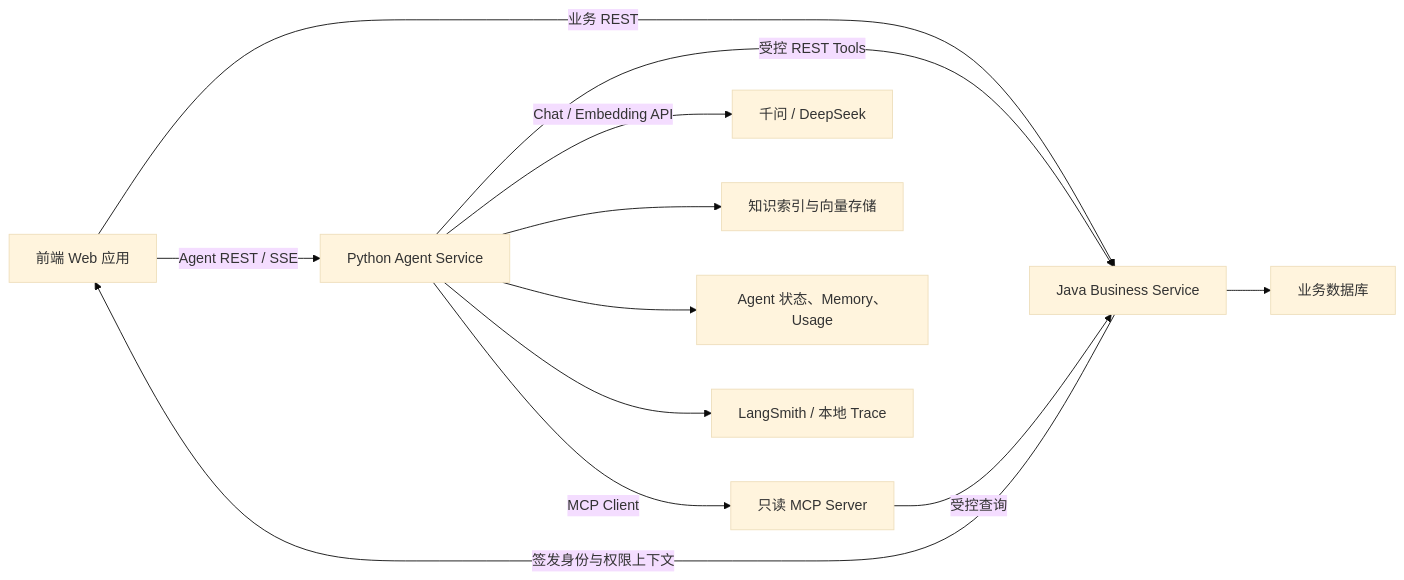
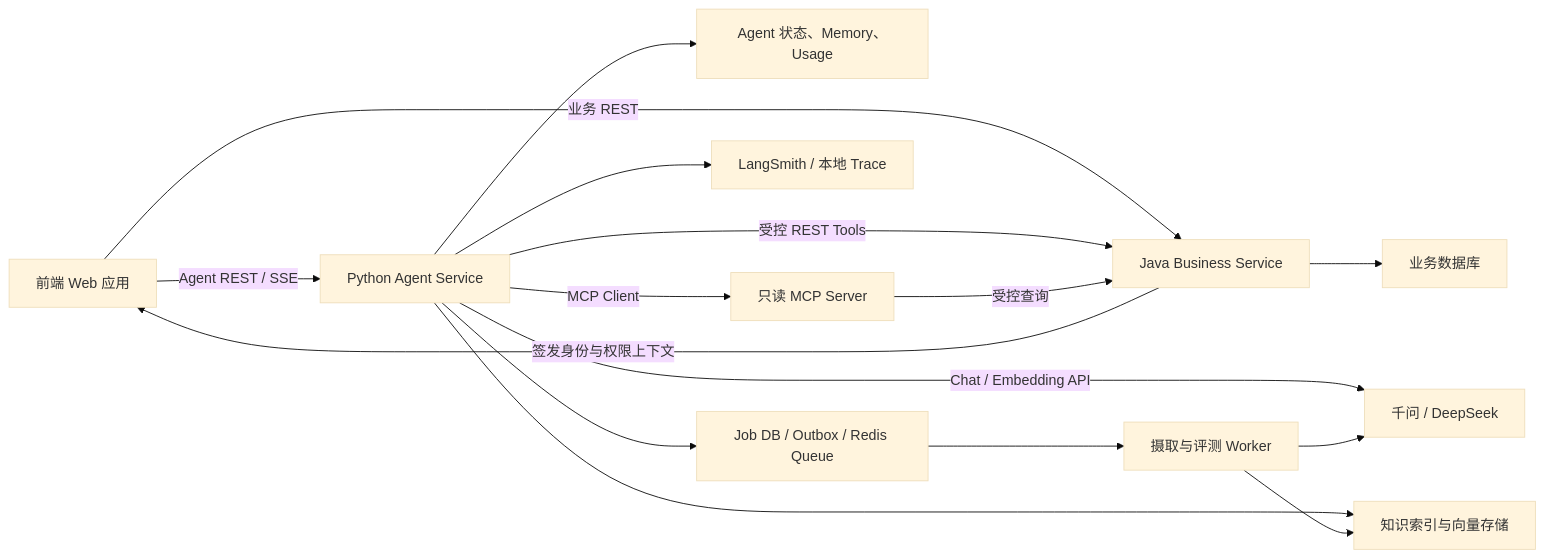
Before and after one commit to zhanghuaiwei/ai-agent-learning-tutorial: the diagram in docs/01-总览与使用方式/03-企业级项目蓝图.md, drawn with Mermaid (base theme). The commit also changed other lines of this file and 18 other files, not shown here.

````diff
--- a/docs/01-总览与使用方式/03-企业级项目蓝图.md
+++ b/docs/01-总览与使用方式/03-企业级项目蓝图.md
@@ -94,14 +95,18 @@
 ```mermaid
 flowchart LR
     U["前端 Web 应用"] -->|"业务 REST"| J["Java Business Service"]
     U -->|"Agent REST / SSE"| P["Python Agent Service"]
     J -->|"签发身份与权限上下文"| U
     P -->|"受控 REST Tools"| J
     P -->|"Chat / Embedding API"| Q["千问 / DeepSeek"]
     P --> V["知识索引与向量存储"]
     P --> A["Agent 状态、Memory、Usage"]
+    P --> R["Job DB / Outbox / Redis Queue"]
+    R --> W["摄取与评测 Worker"]
+    W --> V
+    W --> Q
     P --> L["LangSmith / 本地 Trace"]
     P -->|"MCP Client"| M["只读 MCP Server"]
     M -->|"受控查询"| J
     J --> B["业务数据库"]
 ```
````
